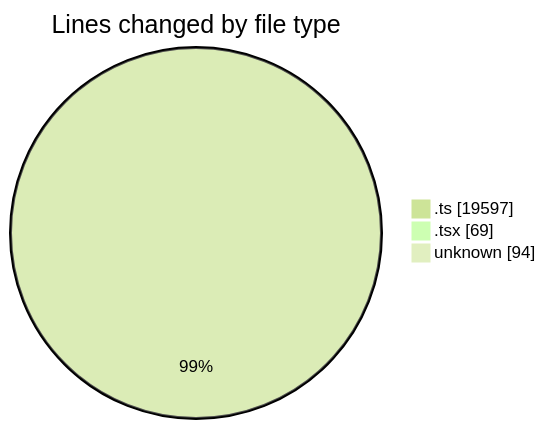
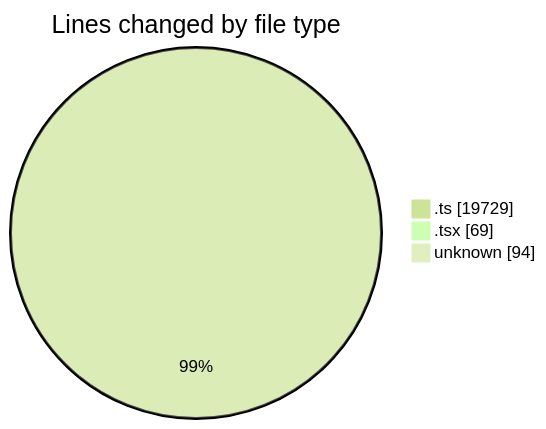
Before and after one commit to momahboobian/code-tracking: the first of 2 diagrams in 2025-09-11/cda/README.md, drawn with Mermaid (forest theme). The commit also changed other lines of this file and 1 other file, not shown here.

````diff
--- a/2025-09-11/cda/README.md
+++ b/2025-09-11/cda/README.md
@@ -30,7 +30,7 @@
 ```mermaid
 pie showData
 title Lines changed by file type
-".ts" : 19597
+".ts" : 19729
 ".tsx" : 69
 "unknown" : 94
 ```
````
